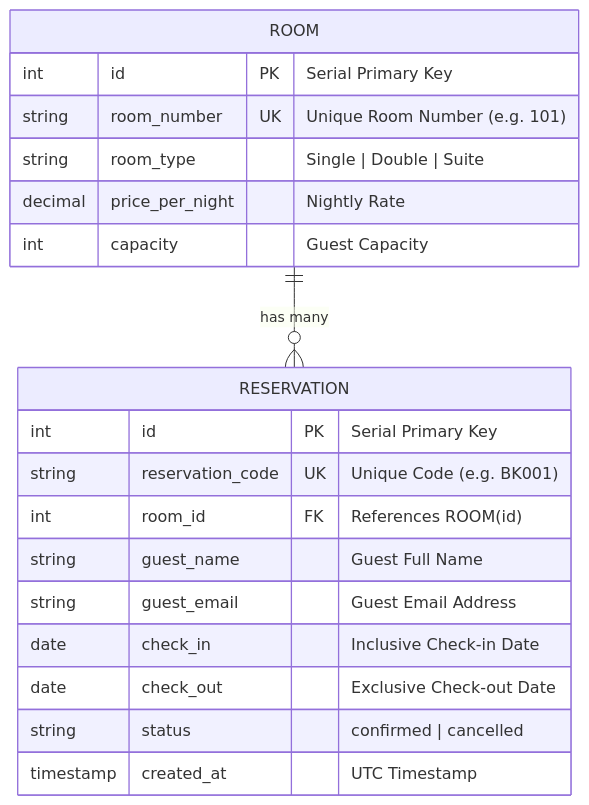
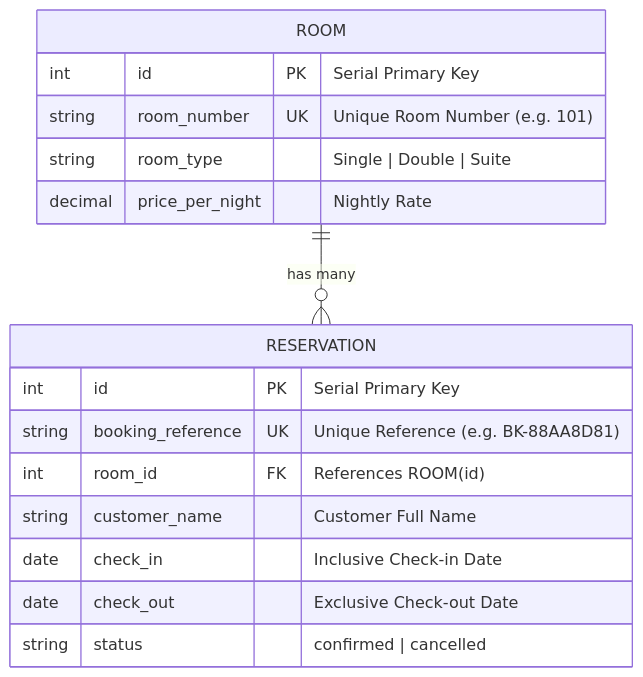
One commit to drax102/Devops_Hotel_assignment changed the second of 2 diagrams in README.md. Above: the diagram before and after it, drawn with Mermaid. The commit also changed other lines of this file and 9 other files, not shown here.

````diff
--- a/README.md
+++ b/README.md
@@ -60,24 +73,21 @@
 ```mermaid
 erDiagram
     ROOM {
         int id PK "Serial Primary Key"
         string room_number UK "Unique Room Number (e.g. 101)"
         string room_type "Single | Double | Suite"
         decimal price_per_night "Nightly Rate"
-        int capacity "Guest Capacity"
     }
 
     RESERVATION {
         int id PK "Serial Primary Key"
-        string reservation_code UK "Unique Code (e.g. BK001)"
+        string booking_reference UK "Unique Reference (e.g. BK-88AA8D81)"
         int room_id FK "References ROOM(id)"
-        string guest_name "Guest Full Name"
-        string guest_email "Guest Email Address"
+        string customer_name "Customer Full Name"
         date check_in "Inclusive Check-in Date"
         date check_out "Exclusive Check-out Date"
         string status "confirmed | cancelled"
-        timestamp created_at "UTC Timestamp"
     }
 
     ROOM ||--o{ RESERVATION : "has many"
 ```
````
